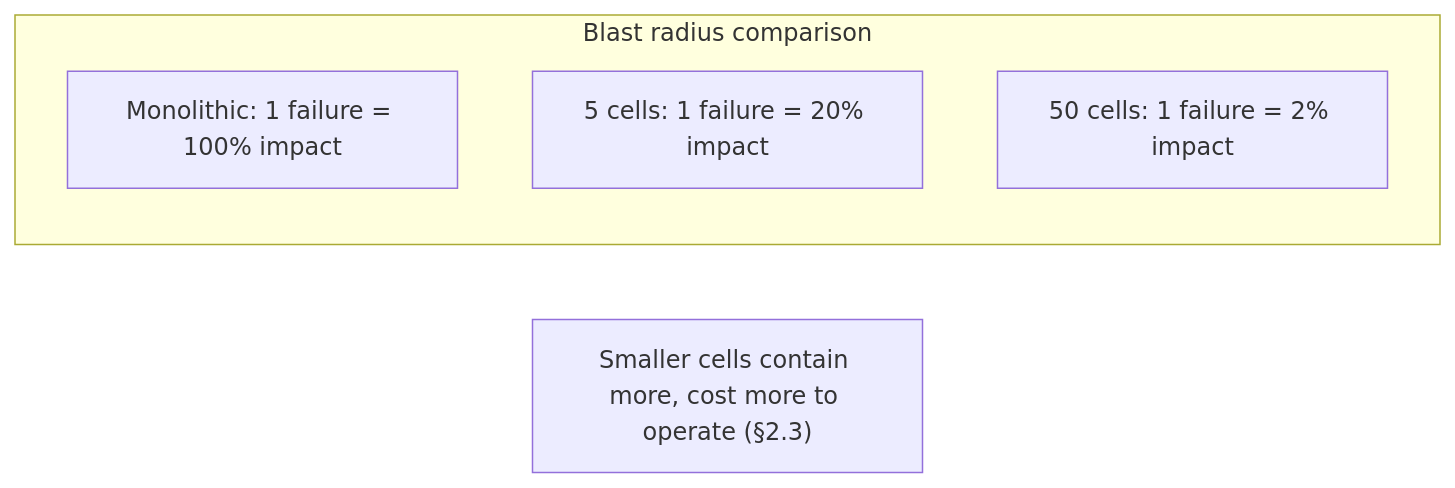
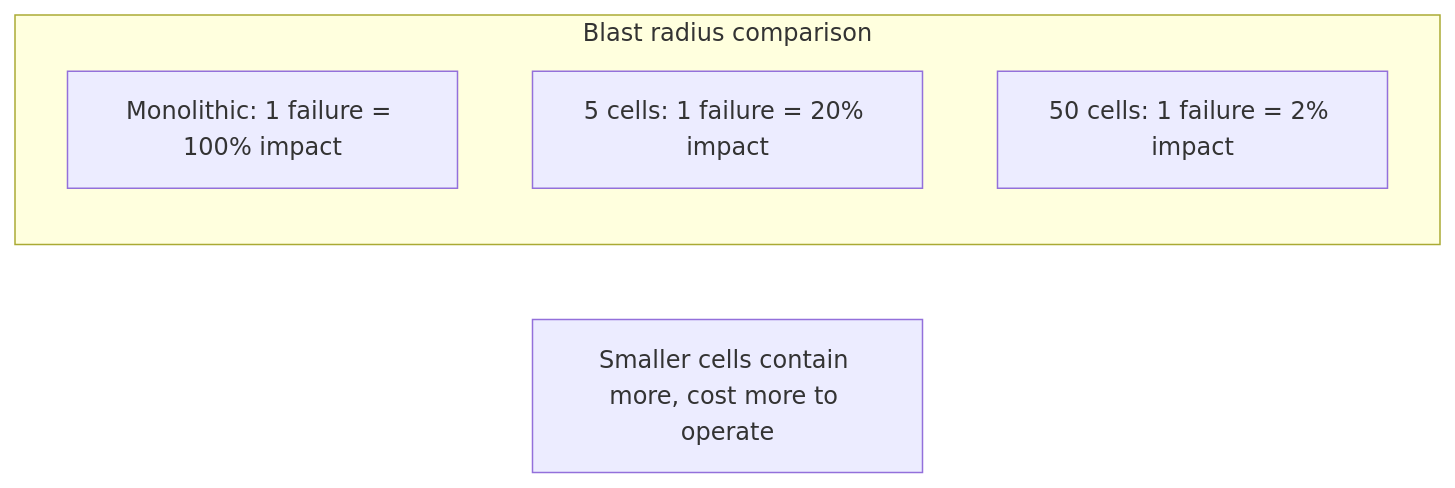
Before and after one commit to umashankarp/InterviewQuestions: the third of 4 diagrams in 17-Microservices/06-MultiRegion-Cell-Based-Architecture-Blast-Radius.md, drawn with Mermaid. The commit also changed other lines of this file and 173 other files, not shown here.

````diff
--- a/17-Microservices/06-MultiRegion-Cell-Based-Architecture-Blast-Radius.md
+++ b/17-Microservices/06-MultiRegion-Cell-Based-Architecture-Blast-Radius.md
@@ -106,9 +106,9 @@
 ```mermaid
 graph LR
-    subgraph "Blast radius comparison"
-        M["Monolithic: 1 failure = 100% impact"]
-        C["5 cells: 1 failure = 20% impact"]
-        C50["50 cells: 1 failure = 2% impact"]
-    end
-    Note["Smaller cells contain more, cost more to operate (§2.3)"]
+ subgraph "Blast radius comparison"
+ M["Monolithic: 1 failure = 100% impact"]
+ C["5 cells: 1 failure = 20% impact"]
+ C50["50 cells: 1 failure = 2% impact"]
+ end
+ Note["Smaller cells contain more, cost more to operate"]
 ```
````
